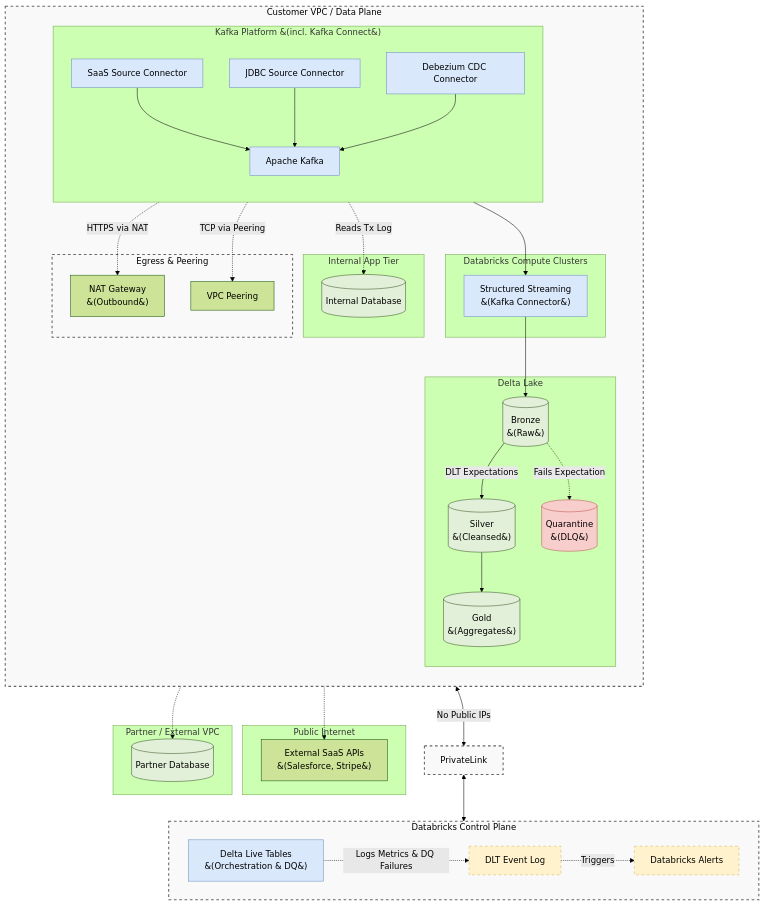
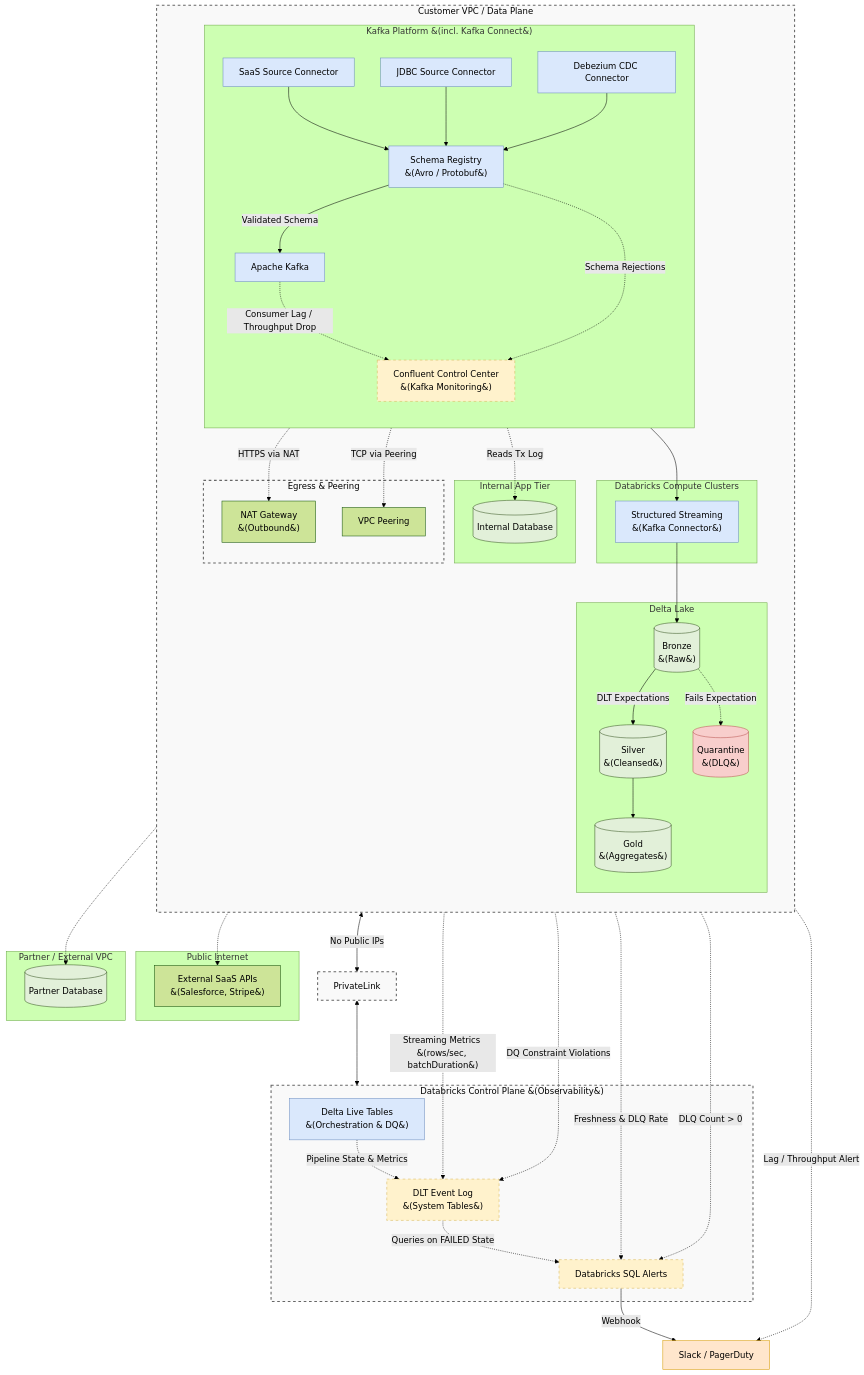
Before and after one commit to toanbui626391/data_architect: the diagram in databricks/realtime_ingestion_architecture.md, drawn with Mermaid (forest theme). The commit also changed other lines of this file, not shown here.

````diff
--- a/databricks/realtime_ingestion_architecture.md
+++ b/databricks/realtime_ingestion_architecture.md
@@ -40,7 +40,9 @@
             SaaSConn["SaaS Source Connector"]
             PartnerConn["JDBC Source Connector"]
             CDCConn["Debezium CDC Connector"]
+            SchemaReg["Schema Registry <br>&#40;Avro / Protobuf&#41;"]
             Kafka["Apache Kafka"]
+            CC["Confluent Control Center <br>&#40;Kafka Monitoring&#41;"]
         end
 
         subgraph Compute [Databricks Compute Clusters]
@@ -55,12 +57,15 @@
         end
     end
 
-    %% Databricks Control Plane (Monitoring / DQ)
-    subgraph ControlPlane [Databricks Control Plane]
+    %% Databricks Control Plane: Observability & Alerting
+    subgraph ControlPlane [Databricks Control Plane &#40;Observability&#41;]
         DLT["Delta Live Tables <br>&#40;Orchestration & DQ&#41;"]
-        EventLog["DLT Event Log"]
-        Alerts["Databricks Alerts"]
+        EventLog["DLT Event Log <br>&#40;System Tables&#41;"]
+        SQLAlert["Databricks SQL Alerts"]
     end
+
+    %% External Notification Target
+    Notification["Slack / PagerDuty"]
 
     %% Security Routes
     VPCE["PrivateLink"]
@@ -73,22 +78,39 @@
     CDCConn -.->|Reads Tx Log| InternalDB
     
     %% Kafka Internal Flow
-    SaaSConn --> Kafka
-    PartnerConn --> Kafka
-    CDCConn --> Kafka
+    SaaSConn --> SchemaReg
+    PartnerConn --> SchemaReg
+    CDCConn --> SchemaReg
+    SchemaReg -->|Validated Schema| Kafka
     Kafka --> Spark
     
-    %% Flow: Compute -> Storage (via DLT)
+    %% Data Pipeline Flow
     Spark --> Bronze
     Bronze -->|DLT Expectations| Silver
     Bronze -.->|Fails Expectation| DLQ
     Silver --> Gold
 
-    %% Flow: Monitoring & Networking
+    %% Networking
     Compute <-->|No Public IPs| VPCE
     VPCE <--> ControlPlane
-    DLT -.->|Logs Metrics & DQ Failures| EventLog
-    EventLog -.->|Triggers| Alerts
+
+    %% Kafka-Side Monitoring &#40;Kafka ↔ Spark leg&#41;
+    Kafka -.->|Consumer Lag / Throughput Drop| CC
+    SchemaReg -.->|Schema Rejections| CC
+    CC -.->|Lag / Throughput Alert| Notification
+
+    %% Spark-to-Bronze Monitoring
+    Spark -.->|Streaming Metrics <br>&#40;rows/sec, batchDuration&#41;| EventLog
+    Bronze -.->|Freshness & DLQ Rate| SQLAlert
+
+    %% Pipeline & DQ Observability
+    DLT -.->|Pipeline State & Metrics| EventLog
+    Silver -.->|DQ Constraint Violations| EventLog
+
+    %% Alerting
+    DLQ -.->|DLQ Count > 0| SQLAlert
+    EventLog -.->|Queries on FAILED State| SQLAlert
+    SQLAlert -->|Webhook| Notification
 
     %% Styling
     classDef storage fill:#e2f0d9,stroke:#385723,stroke-width:1px,color:#000;
@@ -96,10 +118,12 @@
     classDef bad fill:#f8cecc,stroke:#b85450,stroke-width:1px,color:#000;
     classDef monitor fill:#fff2cc,stroke:#d6b656,stroke-width:1px,color:#000,stroke-dasharray: 5 5;
     classDef network fill:#f9f9f9,stroke:#666,stroke-width:2px,color:#000,stroke-dasharray: 5 5;
+    classDef alert fill:#ffe6cc,stroke:#d79b00,stroke-width:1px,color:#000;
     
     class InternalDB,PartnerDB,Bronze,Silver,Gold storage;
-    class SaaSConn,PartnerConn,CDCConn,Kafka,Spark,DLT process;
+    class SaaSConn,PartnerConn,CDCConn,SchemaReg,Kafka,Spark,DLT process;
     class DLQ bad;
-    class EventLog,Alerts monitor;
+    class CC,EventLog,SQLAlert monitor;
     class CustomerVPC,ControlPlane,VPCE,NetworkEgress network;
+    class Notification alert;
 ```
````
